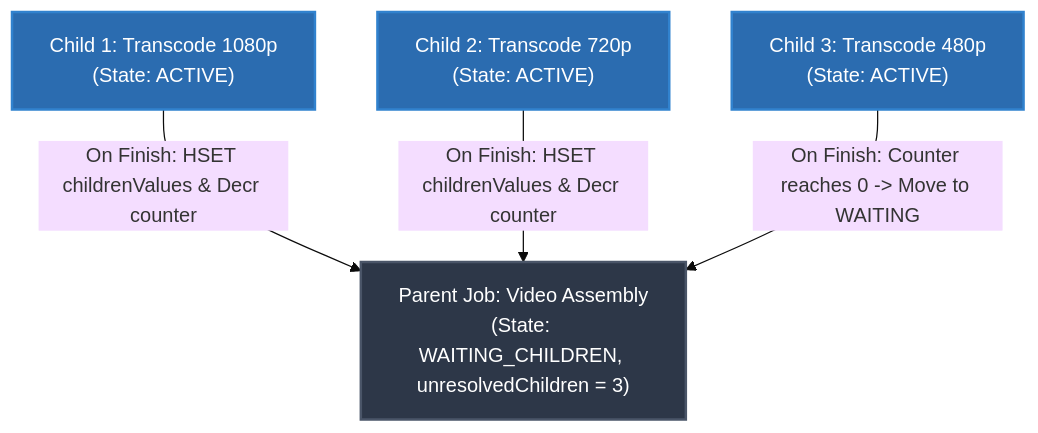
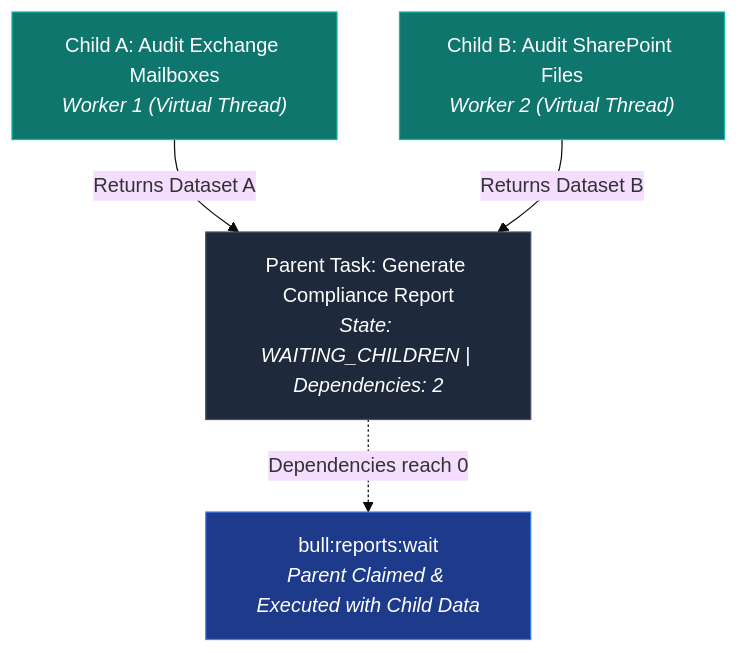
The fourth of 6 diagrams in docs/ARCHITECTURE.md (gaurav10610/oxmq), drawn with Mermaid (base theme) before and after one commit. The commit also changed other lines of this file and 10 other files, not shown here.

````diff
--- a/docs/ARCHITECTURE.md
+++ b/docs/ARCHITECTURE.md
@@ -176,17 +159,14 @@
 ```mermaid
 graph TD
-    Parent["Parent Job: Video Assembly<br/>(State: WAITING_CHILDREN, unresolvedChildren = 3)"]
-    
-    Child1["Child 1: Transcode 1080p<br/>(State: ACTIVE)"]
-    Child2["Child 2: Transcode 720p<br/>(State: ACTIVE)"]
-    Child3["Child 3: Transcode 480p<br/>(State: ACTIVE)"]
+    Parent["Parent Task: Generate Compliance Report<br/><i>State: WAITING_CHILDREN | Dependencies: 2</i>"]
 
-    Child1 -->|On Finish: HSET childrenValues & Decr counter| Parent
-    Child2 -->|On Finish: HSET childrenValues & Decr counter| Parent
-    Child3 -->|On Finish: Counter reaches 0 -> Move to WAITING| Parent
+    ChildA["Child A: Audit Exchange Mailboxes<br/><i>Worker 1 (Virtual Thread)</i>"] -->|Returns Dataset A| Parent
+    ChildB["Child B: Audit SharePoint Files<br/><i>Worker 2 (Virtual Thread)</i>"] -->|Returns Dataset B| Parent
 
-    style Parent fill:#2d3748,stroke:#4a5568,stroke-width:2px,color:#fff
-    style Child1 fill:#2b6cb0,stroke:#3182ce,stroke-width:2px,color:#fff
-    style Child2 fill:#2b6cb0,stroke:#3182ce,stroke-width:2px,color:#fff
-    style Child3 fill:#2b6cb0,stroke:#3182ce,stroke-width:2px,color:#fff
+    Parent -.->|Dependencies reach 0| ReadyQueue["bull:reports:wait<br/><i>Parent Claimed &amp; Executed with Child Data</i>"]
+
+    style Parent fill:#1e293b,stroke:#475569,color:#fff
+    style ChildA fill:#0f766e,stroke:#14b8a6,color:#fff
+    style ChildB fill:#0f766e,stroke:#14b8a6,color:#fff
+    style ReadyQueue fill:#1e3a8a,stroke:#3b82f6,color:#fff
 ```
````
